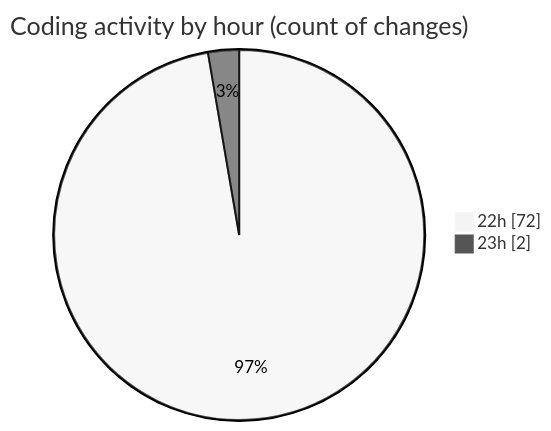
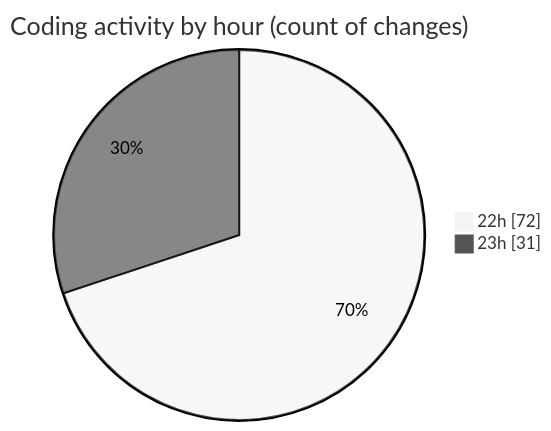
The second of 2 diagrams in 2025-07-28/javascript/README.md (Ritupan-Deka/code-tracking), drawn with Mermaid (neutral theme) before and after one commit. The commit also changed other lines of this file and 1 other file, not shown here.

````diff
--- a/2025-07-28/javascript/README.md
+++ b/2025-07-28/javascript/README.md
@@ -28,6 +28,6 @@
 ```mermaid
 pie showData
 title Coding activity by hour (count of changes)
 "22h" : 72
-"23h" : 2
+"23h" : 31
 ```
````
